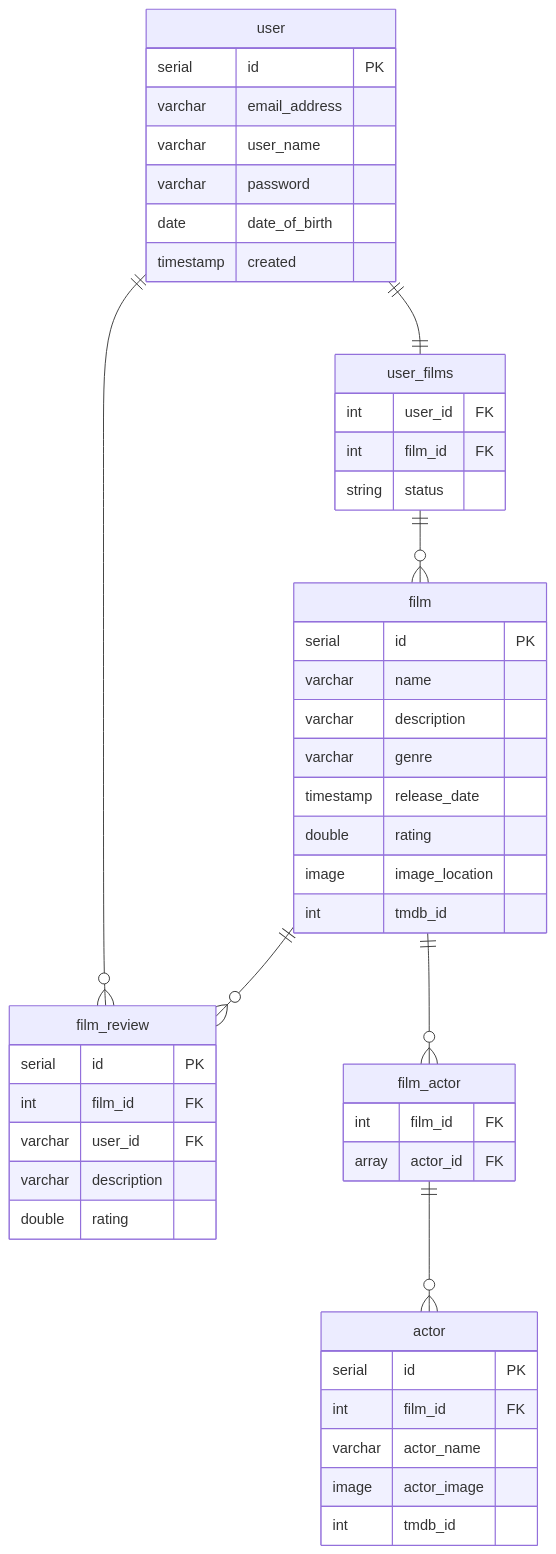
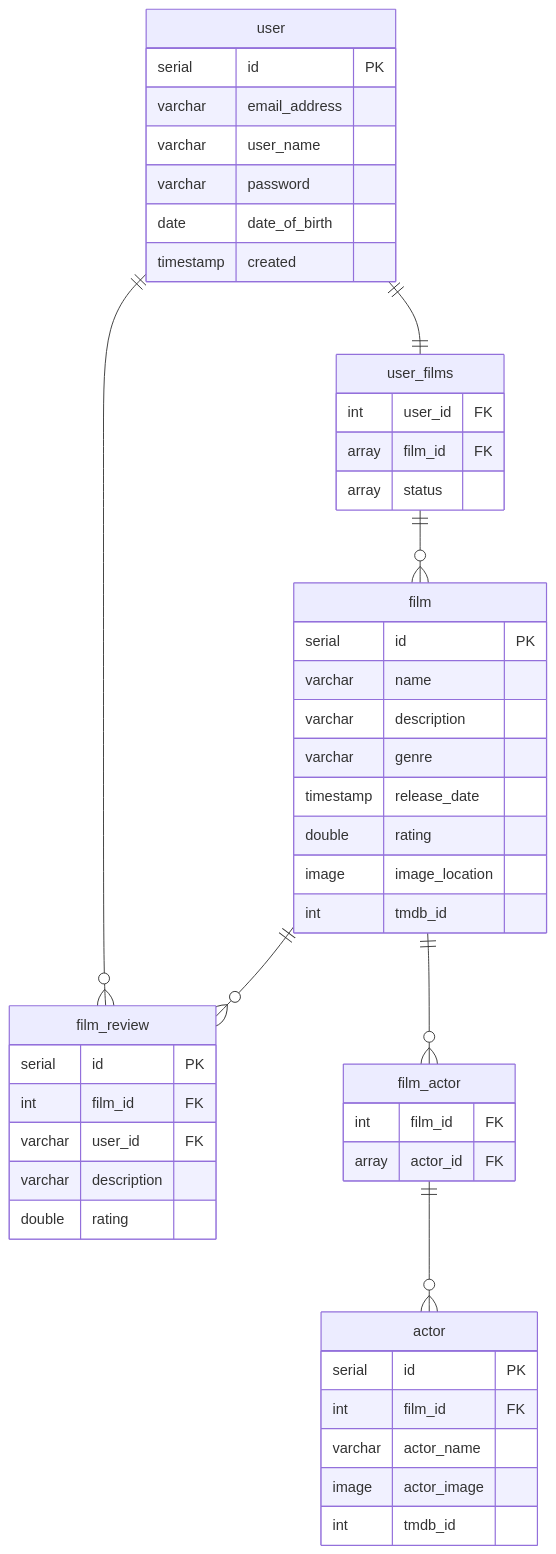
Before and after one commit to Niall96/HeresAFilm: the second of 2 diagrams in README.md, drawn with Mermaid.

````diff
--- a/README.md
+++ b/README.md
@@ -40,52 +40,52 @@
 ```mermaid
 erDiagram 
  user ||--|| user_films : ""
  user_films ||--o{ film : ""
  film ||--o{ film_review : ""
  film ||--o{ film_actor : ""
  film_actor ||--o{ actor : ""
  user ||--o{ film_review : ""
  
  user {
         serial id PK
         varchar email_address
         varchar user_name
         varchar password
         date date_of_birth
         timestamp created
     }
  user_films {
                  int user_id FK
-                 int film_id FK
-                 string status
+                 array film_id FK
+                 array status
               }
  film {
       serial id PK
       varchar name
       varchar description
       varchar genre
       timestamp release_date
       double rating
       image image_location
       int tmdb_id
       }
  film_review {
              serial id PK
              int film_id FK
              varchar user_id FK
              varchar description
              double rating
            }
  film_actor {
        
        int film_id FK
        array actor_id FK
      }
  actor {
        serial id PK
        int film_id FK
        varchar actor_name
        image actor_image
        int tmdb_id
      }
 ```
````
